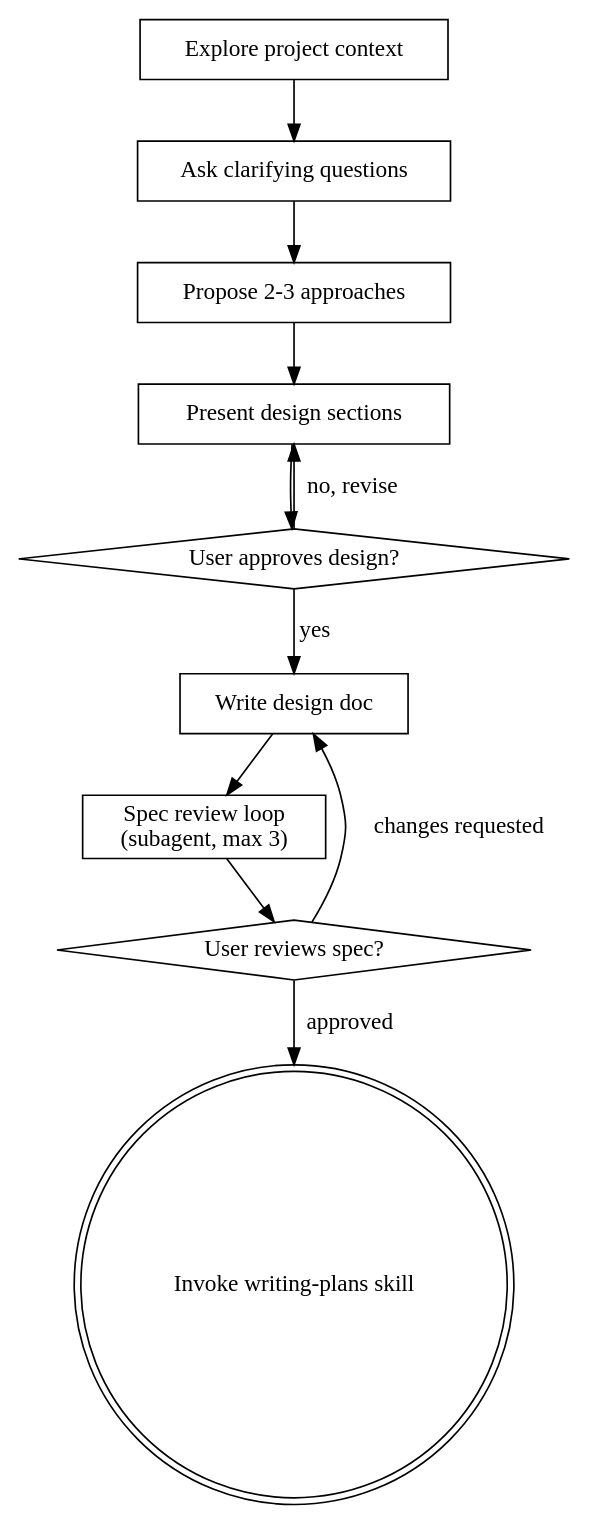
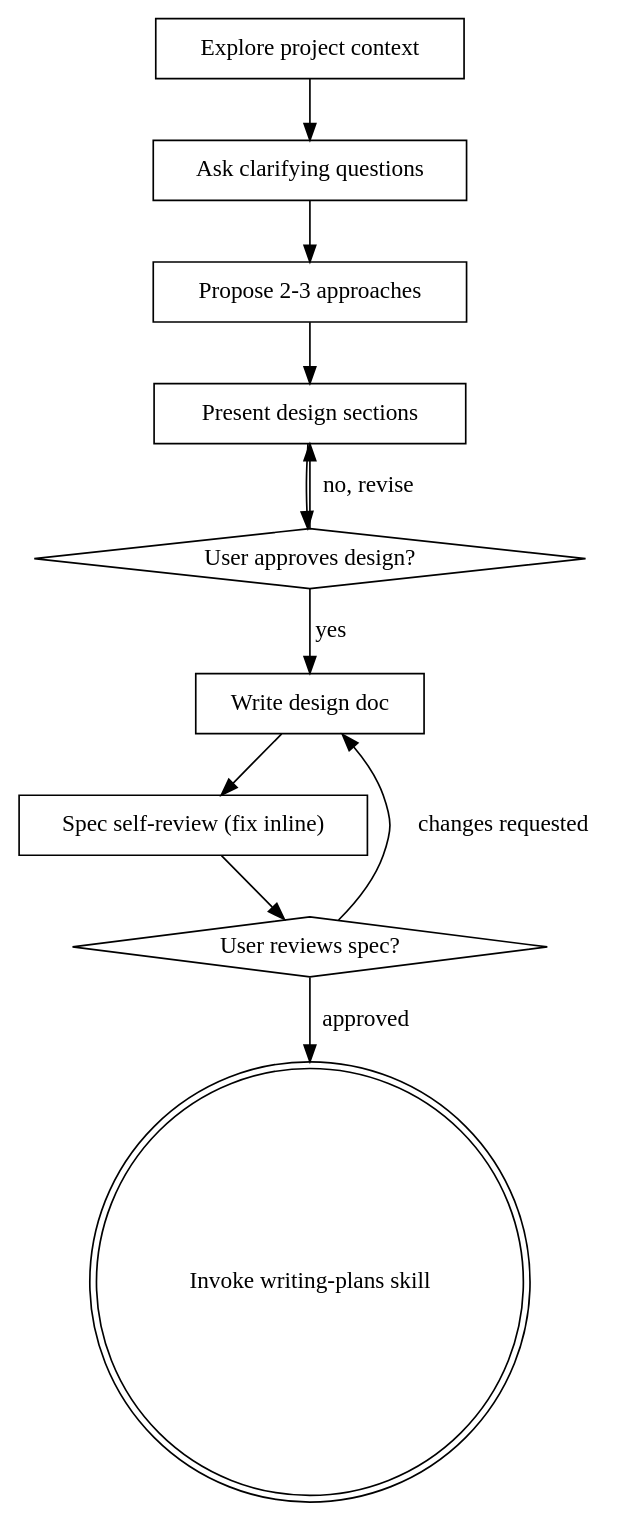
The diagram in roach/skills/brainstorming/SKILL.md (stefanfaur/roach-marketplace), drawn with Graphviz before and after one commit. The commit also changed other lines of this file, not shown here.

Commit message:
perf(roach): replace brainstorming spec-review subagent loop with inline self-review, keep human gate

````diff
--- a/roach/skills/brainstorming/SKILL.md
+++ b/roach/skills/brainstorming/SKILL.md
@@ -55,24 +55,24 @@
 ```dot
 digraph brainstorming {
     "Explore project context" [shape=box];
     "Ask clarifying questions" [shape=box];
     "Propose 2-3 approaches" [shape=box];
     "Present design sections" [shape=box];
     "User approves design?" [shape=diamond];
     "Write design doc" [shape=box];
-    "Spec review loop\n(subagent, max 3)" [shape=box];
+    "Spec self-review (fix inline)" [shape=box];
     "User reviews spec?" [shape=diamond];
     "Invoke writing-plans skill" [shape=doublecircle];
 
     "Explore project context" -> "Ask clarifying questions";
     "Ask clarifying questions" -> "Propose 2-3 approaches";
     "Propose 2-3 approaches" -> "Present design sections";
     "Present design sections" -> "User approves design?";
     "User approves design?" -> "Present design sections" [label="no, revise"];
     "User approves design?" -> "Write design doc" [label="yes"];
-    "Write design doc" -> "Spec review loop\n(subagent, max 3)";
-    "Spec review loop\n(subagent, max 3)" -> "User reviews spec?";
+    "Write design doc" -> "Spec self-review (fix inline)";
+    "Spec self-review (fix inline)" -> "User reviews spec?";
     "User reviews spec?" -> "Write design doc" [label="changes requested"];
     "User reviews spec?" -> "Invoke writing-plans skill" [label="approved"];
 }
 ```
````
